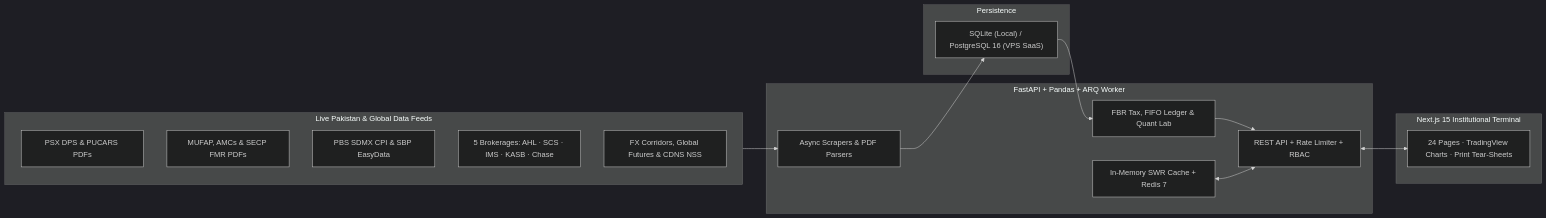
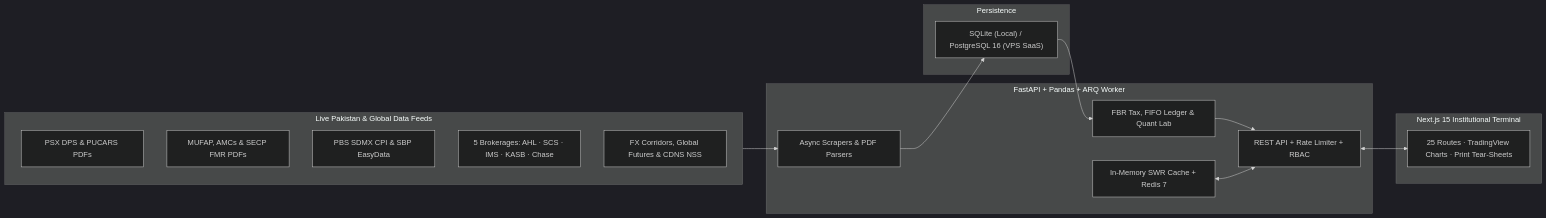
Before and after one commit to Khashif-Finance/OpenKazana: the diagram in README.md, drawn with Mermaid (dark theme). The commit also changed other lines of this file and 4 other files, not shown here.

````diff
--- a/README.md
+++ b/README.md
@@ -14,30 +85,30 @@
 ```mermaid
 flowchart LR
     subgraph Sources["Live Pakistan & Global Data Feeds"]
         PSX["PSX DPS & PUCARS PDFs"]
         MUFAP["MUFAP, AMCs & SECP FMR PDFs"]
         MACRO["PBS SDMX CPI & SBP EasyData"]
         DESKS["5 Brokerages: AHL · SCS · IMS · KASB · Chase"]
         FXPMEX["FX Corridors, Global Futures & CDNS NSS"]
     end
 
     subgraph Backend["FastAPI + Pandas + ARQ Worker"]
         SCRAPERS["Async Scrapers & PDF Parsers"]
         CACHE["In-Memory SWR Cache + Redis 7"]
         ENGINE["FBR Tax, FIFO Ledger & Quant Lab"]
         API["REST API + Rate Limiter + RBAC"]
     end
 
     subgraph Storage["Persistence"]
         DB["SQLite (Local) / PostgreSQL 16 (VPS SaaS)"]
     end
 
     subgraph Web["Next.js 15 Institutional Terminal"]
-        UI["24 Pages · TradingView Charts · Print Tear-Sheets"]
+        UI["25 Routes · TradingView Charts · Print Tear-Sheets"]
     end
 
     Sources --> SCRAPERS --> DB
     DB --> ENGINE --> API
     CACHE <--> API
     API <--> UI
 ```
````
